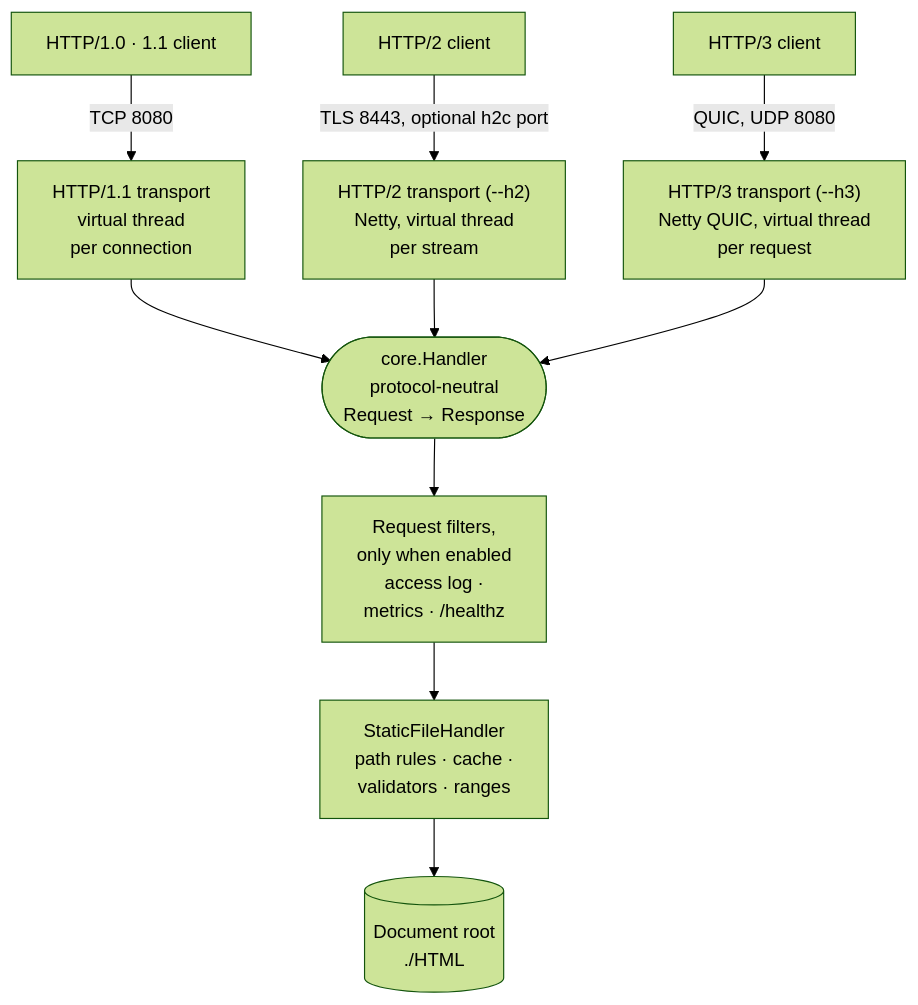
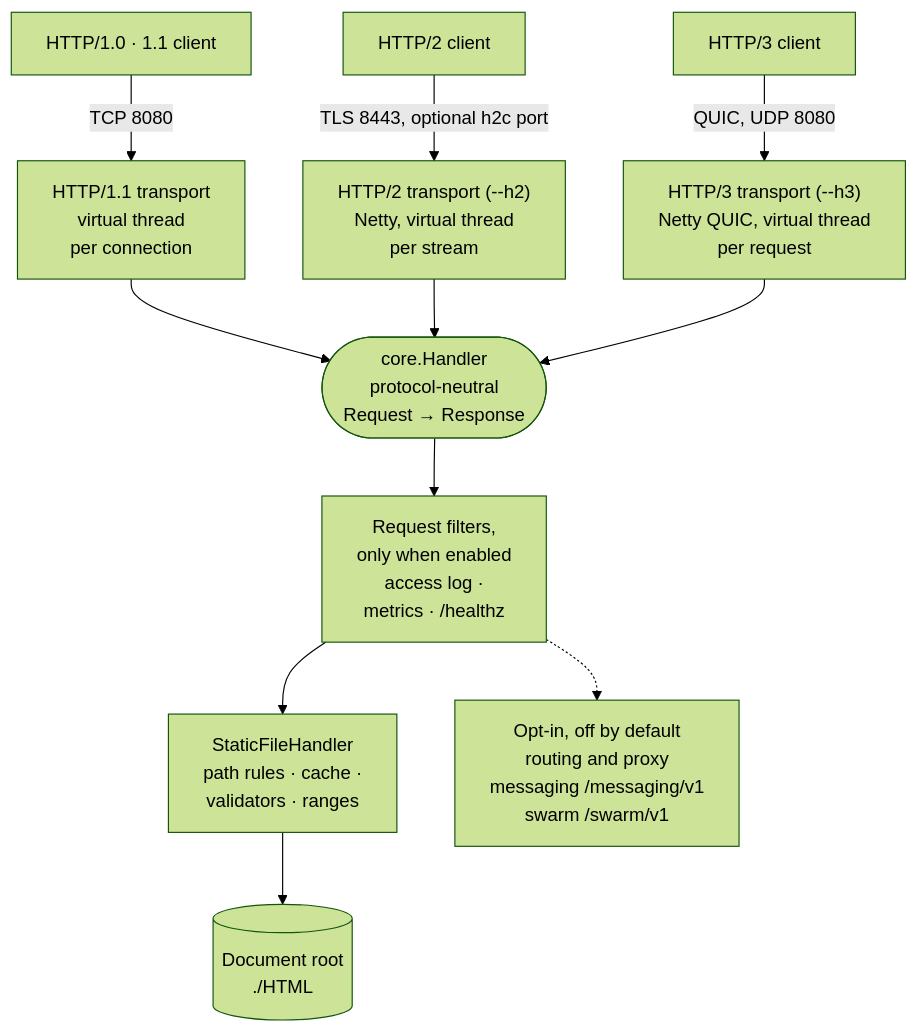
One commit to BlivionIaG/sjws_nettask changed the diagram in README.md. Above: the diagram before and after it, drawn with Mermaid (forest theme). The commit also changed 5 other files, not shown here.

First line of the commit message:
docs: refresh core, CI and buffer-pool diagrams for the new master

````diff
--- a/README.md
+++ b/README.md
@@ -67,18 +67,19 @@
 ```mermaid
 flowchart TD
     c1["HTTP/1.0 · 1.1 client"]
     c2["HTTP/2 client"]
     c3["HTTP/3 client"]
 
     c1 -->|"TCP 8080"| t1["HTTP/1.1 transport<br/>virtual thread<br/>per connection"]
     c2 -->|"TLS 8443, optional h2c port"| t2["HTTP/2 transport (--h2)<br/>Netty, virtual thread<br/>per stream"]
     c3 -->|"QUIC, UDP 8080"| t3["HTTP/3 transport (--h3)<br/>Netty QUIC, virtual thread<br/>per request"]
 
     t1 --> h(["core.Handler<br/>protocol-neutral<br/>Request → Response"])
     t2 --> h
     t3 --> h
 
     h --> f["Request filters,<br/>only when enabled<br/>access log ·<br/>metrics · /healthz"]
     f --> s["StaticFileHandler<br/>path rules · cache ·<br/>validators · ranges"]
     s --> d[("Document root<br/>./HTML")]
+    f -.-> o["Opt-in, off by default<br/>routing and proxy<br/>messaging /messaging/v1<br/>swarm /swarm/v1"]
 ```
````
